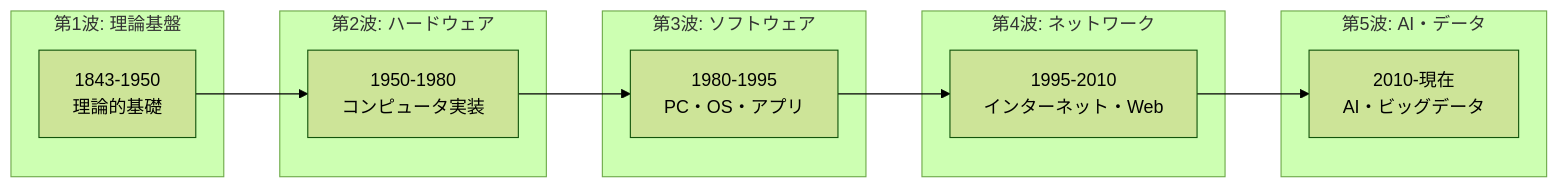
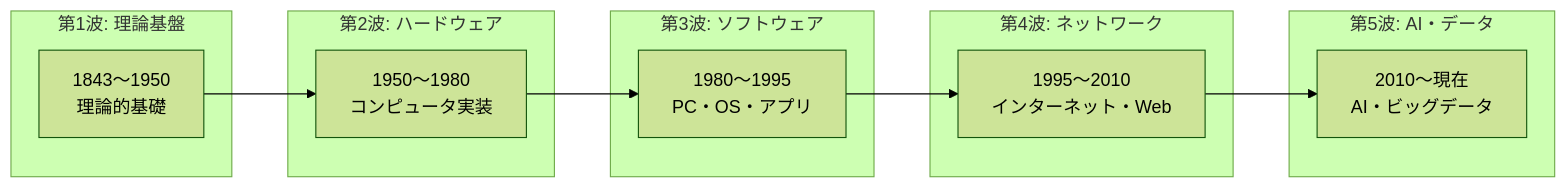
The third of 4 diagrams in src/comprehensive-timeline.md (itdojp/cs-visionaries-book), drawn with Mermaid (forest theme) before and after one commit. The commit also changed other lines of this file and 39 other files, not shown here.

````diff
--- a/src/comprehensive-timeline.md
+++ b/src/comprehensive-timeline.md
@@ -96,24 +96,24 @@
 ```mermaid
 graph LR
     subgraph "第1波: 理論基盤"
-        Theory[1843-1950<br/>理論的基礎]
+        Theory[1843〜1950<br/>理論的基礎]
     end
     
     subgraph "第2波: ハードウェア"
-        Hardware[1950-1980<br/>コンピュータ実装]
+        Hardware[1950〜1980<br/>コンピュータ実装]
     end
     
     subgraph "第3波: ソフトウェア"
-        Software[1980-1995<br/>PC・OS・アプリ]
+        Software[1980〜1995<br/>PC・OS・アプリ]
     end
     
     subgraph "第4波: ネットワーク"
-        Network[1995-2010<br/>インターネット・Web]
+        Network[1995〜2010<br/>インターネット・Web]
     end
     
     subgraph "第5波: AI・データ"
-        AI[2010-現在<br/>AI・ビッグデータ]
+        AI[2010〜現在<br/>AI・ビッグデータ]
     end
     
     Theory --> Hardware --> Software --> Network --> AI
 ```
````
